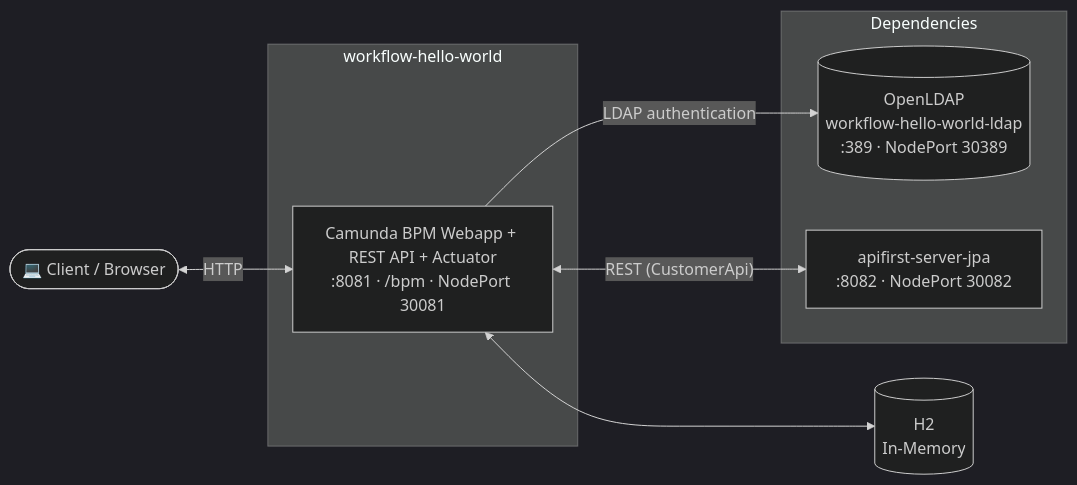
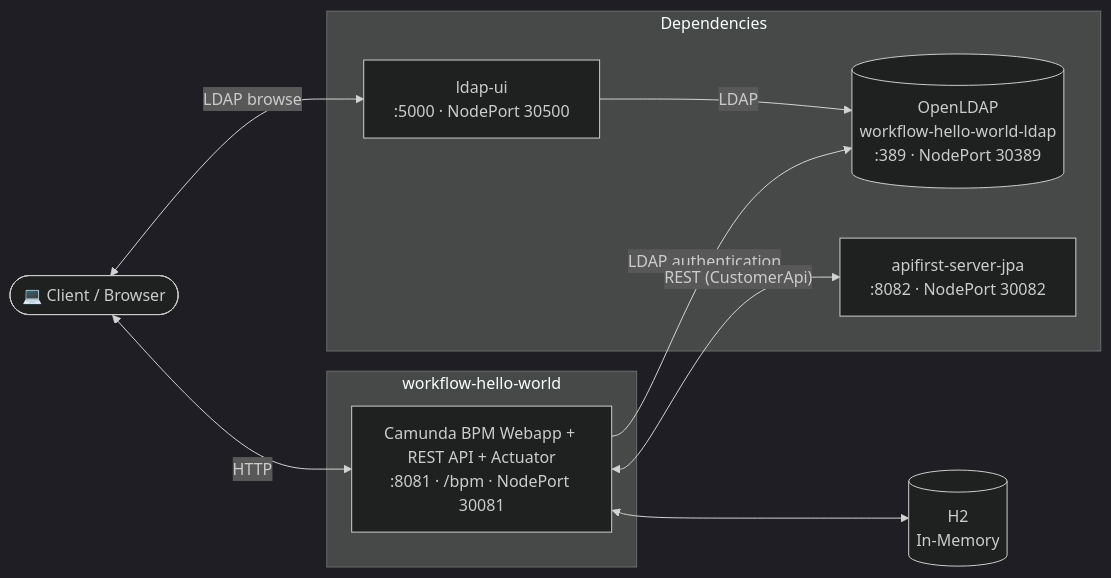
Before and after one commit to dboeckli/workflow-hello-world: the diagram in README.md, drawn with Mermaid (dark theme). The commit also changed other lines of this file and 7 other files, not shown here.

````diff
--- a/README.md
+++ b/README.md
@@ -11,20 +11,23 @@
 ```mermaid
 graph LR
     Client(["💻 Client / Browser"])
 
     subgraph App ["workflow-hello-world"]
         BPM["Camunda BPM Webapp + REST API + Actuator\n:8081 · /bpm · NodePort 30081"]
     end
 
     subgraph Dependencies ["Dependencies"]
         LDAP[("OpenLDAP\nworkflow-hello-world-ldap\n:389 · NodePort 30389")]
+        LDAPUI["ldap-ui\n:5000 · NodePort 30500"]
         APIFIRST["apifirst-server-jpa\n:8082 · NodePort 30082"]
     end
 
     H2[("H2\nIn-Memory")]
 
     Client <-->|"HTTP"| BPM
+    Client <-->|"LDAP browse"| LDAPUI
     BPM -->|"LDAP authentication"| LDAP
+    LDAPUI -->|"LDAP"| LDAP
     BPM <-->|"REST (CustomerApi)"| APIFIRST
     BPM <--> H2
 ```
````
